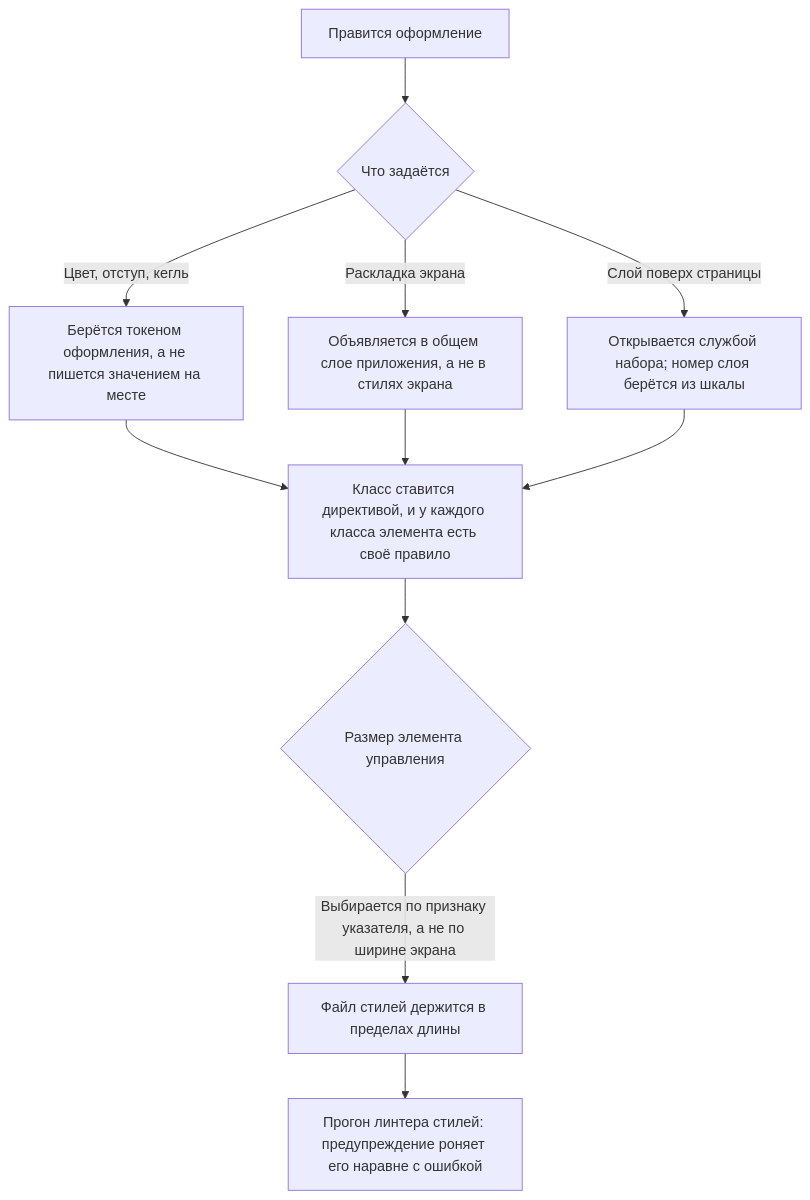
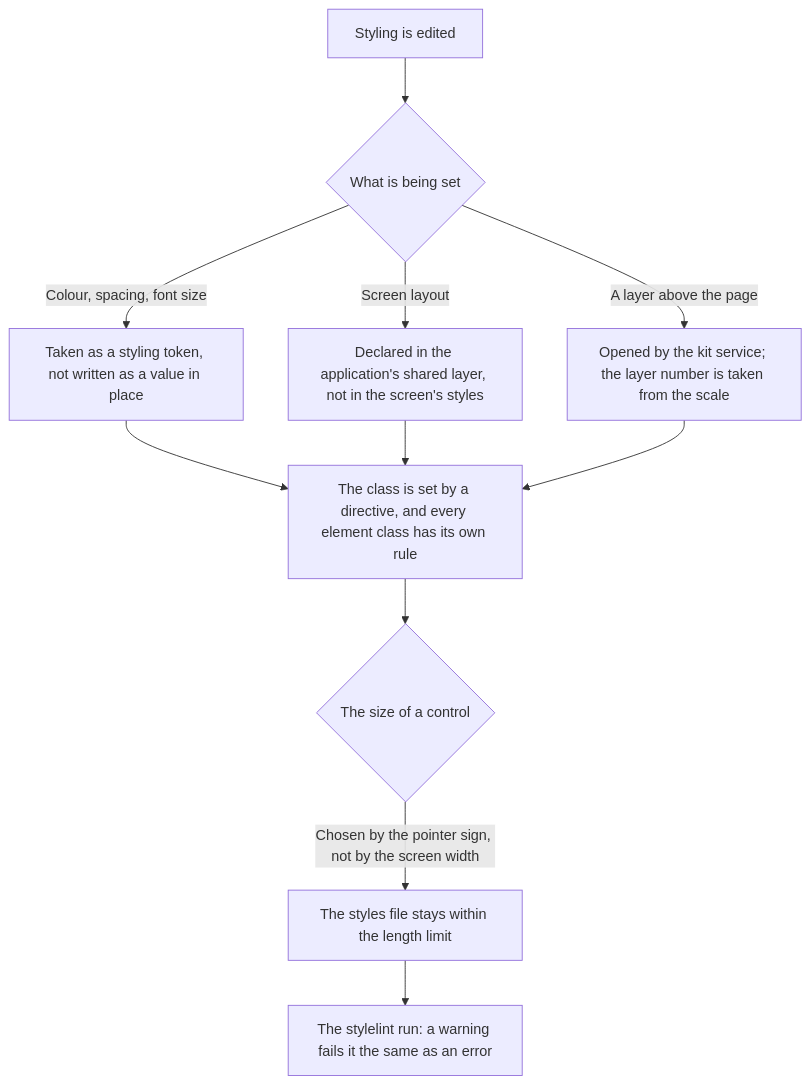
The diagram in .claude/skills/styling-bem/SKILL.md (Eyhenij/rt-tools), drawn with Mermaid before and after one commit. The commit also changed other lines of this file and 33 other files, not shown here.

````diff
--- a/.claude/skills/styling-bem/SKILL.md
+++ b/.claude/skills/styling-bem/SKILL.md
@@ -39,13 +39,13 @@
 ```mermaid
 flowchart TD
-    A[Правится оформление] --> B{Что задаётся}
-    B -->|Цвет, отступ, кегль| C[Берётся токеном оформления, а не пишется значением на месте]
-    B -->|Раскладка экрана| D[Объявляется в общем слое приложения, а не в стилях экрана]
-    B -->|Слой поверх страницы| E[Открывается службой набора; номер слоя берётся из шкалы]
-    C --> F[Класс ставится директивой, и у каждого класса элемента есть своё правило]
+    A[Styling is edited] --> B{What is being set}
+    B -->|Colour, spacing, font size| C[Taken as a styling token, not written as a value in place]
+    B -->|Screen layout| D[Declared in the application's shared layer, not in the screen's styles]
+    B -->|A layer above the page| E[Opened by the kit service; the layer number is taken from the scale]
+    C --> F[The class is set by a directive, and every element class has its own rule]
     D --> F
     E --> F
-    F --> G{Размер элемента управления}
-    G -->|Выбирается по признаку указателя, а не по ширине экрана| H[Файл стилей держится в пределах длины]
-    H --> I[Прогон линтера стилей: предупреждение роняет его наравне с ошибкой]
+    F --> G{The size of a control}
+    G -->|Chosen by the pointer sign, not by the screen width| H[The styles file stays within the length limit]
+    H --> I[The stylelint run: a warning fails it the same as an error]
 ```
````
